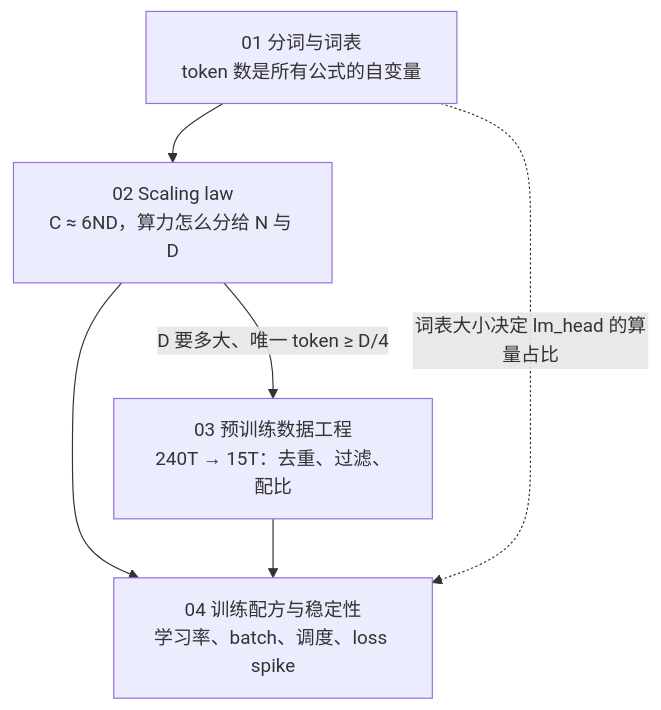
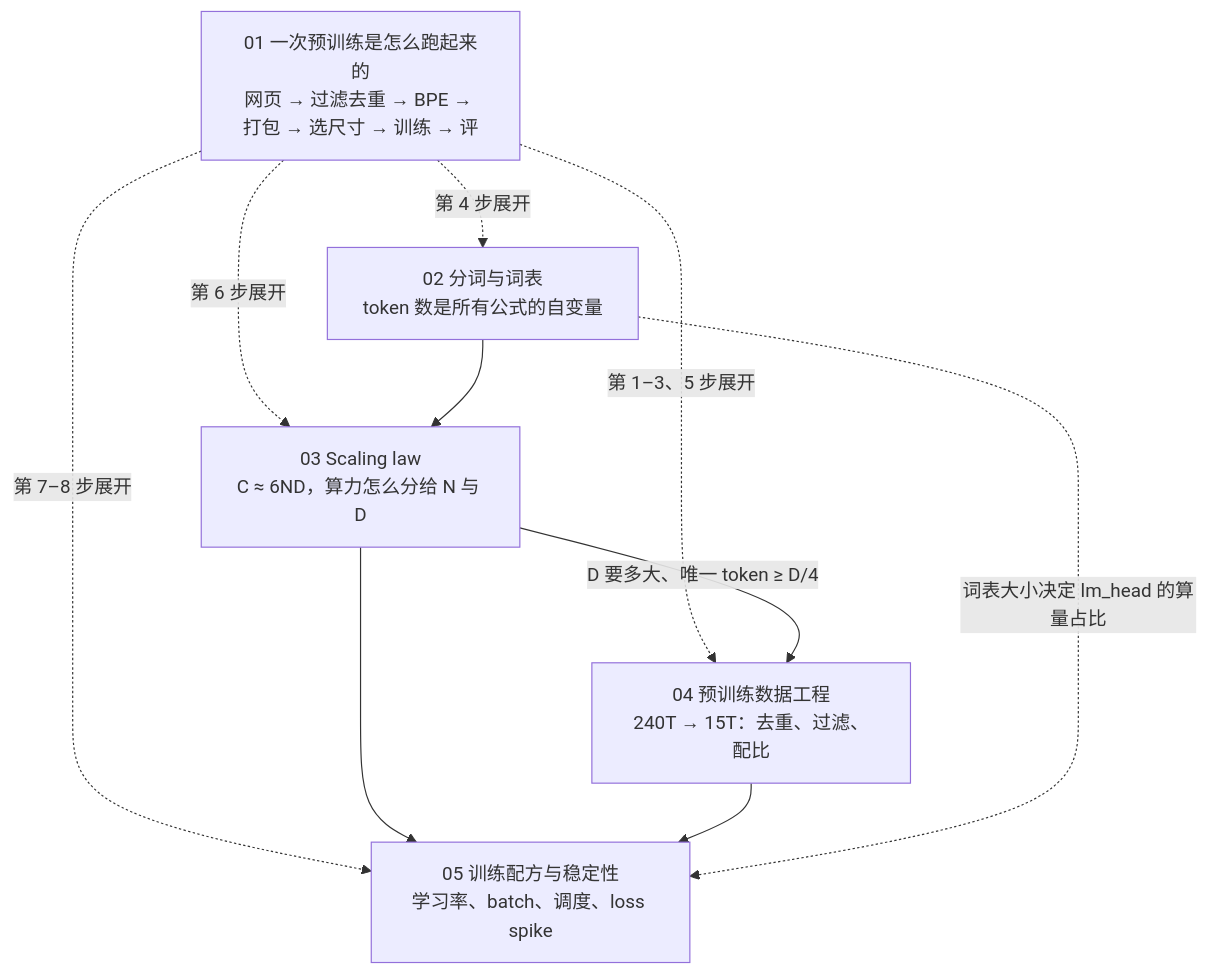
The diagram in _posts/2026-04-13-pretraining-series-recap-and-self-test.md (arganzheng/arganzheng.github.com), drawn with Mermaid before and after one commit. The commit also changed other lines of this file and 26 other files, not shown here.

````diff
--- a/_posts/2026-04-13-pretraining-series-recap-and-self-test.md
+++ b/_posts/2026-04-13-pretraining-series-recap-and-self-test.md
@@ -19,10 +19,15 @@
 ```mermaid
 %%{init: {"flowchart": {"wrappingWidth": 210}}}%%
-%% 图：预训练系列全景：tokenizer → scaling law → 数据 → 配方
+%% 图：预训练系列全景：01 端到端实跑是活的目录，02–05 各展开流水线的一步：tokenizer → scaling law → 数据 → 配方
 flowchart TB
-    T1["01 分词与词表<br/>token 数是所有公式的自变量"] --> T2["02 Scaling law<br/>C ≈ 6ND，算力怎么分给 N 与 D"]
-    T2 -- "D 要多大、唯一 token ≥ D/4" --> T3["03 预训练数据工程<br/>240T → 15T：去重、过滤、配比"]
-    T2 & T3 --> T4["04 训练配方与稳定性<br/>学习率、batch、调度、loss spike"]
+    T0["01 一次预训练是怎么跑起来的<br/>网页 → 过滤去重 → BPE → 打包 → 选尺寸 → 训练 → 评"]
+    T0 -. "第 4 步展开" .-> T1["02 分词与词表<br/>token 数是所有公式的自变量"]
+    T0 -. "第 6 步展开" .-> T2
+    T0 -. "第 1–3、5 步展开" .-> T3
+    T0 -. "第 7–8 步展开" .-> T4
+    T1 --> T2["03 Scaling law<br/>C ≈ 6ND，算力怎么分给 N 与 D"]
+    T2 -- "D 要多大、唯一 token ≥ D/4" --> T3["04 预训练数据工程<br/>240T → 15T：去重、过滤、配比"]
+    T2 & T3 --> T4["05 训练配方与稳定性<br/>学习率、batch、调度、loss spike"]
     T1 -. "词表大小决定 lm_head 的算量占比" .-> T4
 
 ```
````
